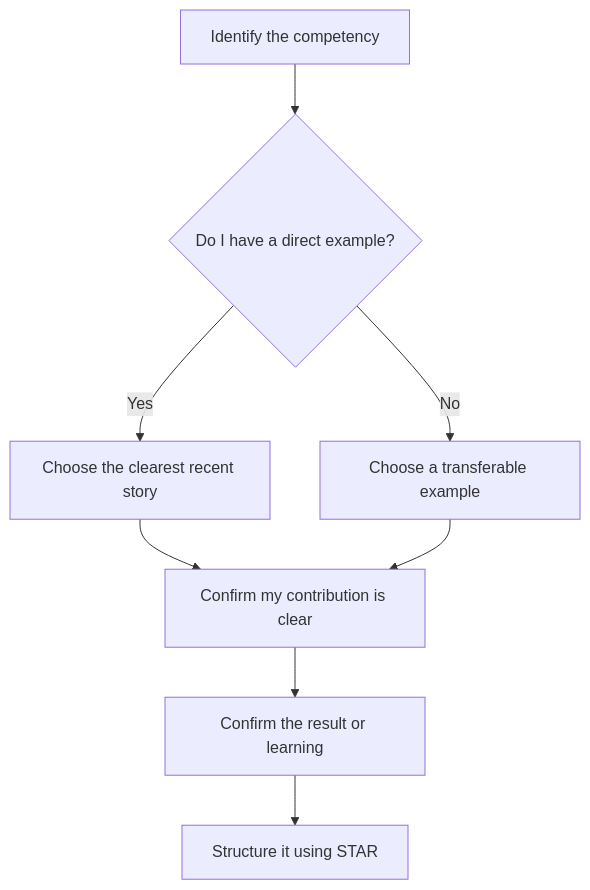
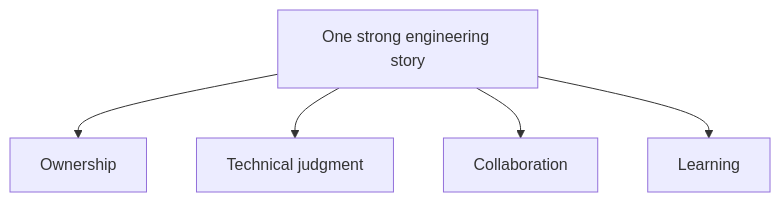
The third of 4 diagrams in src/content/behavioral/star-method.md (AvadhBhalodiya/Interview-Preparation), drawn with Mermaid before and after one commit. The commit also changed other lines of this file and 54 other files, not shown here.

````diff
--- a/src/content/behavioral/star-method.md
+++ b/src/content/behavioral/star-method.md
@@ -308,10 +257,7 @@
 ```mermaid
 flowchart TD
-    A[Identify the competency] --> B{Do I have a direct example?}
-    B -- Yes --> C[Choose the clearest recent story]
-    B -- No --> D[Choose a transferable example]
-    C --> E[Confirm my contribution is clear]
-    D --> E
-    E --> F[Confirm the result or learning]
-    F --> G[Structure it using STAR]
+    A[One strong engineering story] --> B[Ownership]
+    A --> C[Technical judgment]
+    A --> D[Collaboration]
+    A --> E[Learning]
 ```
````
